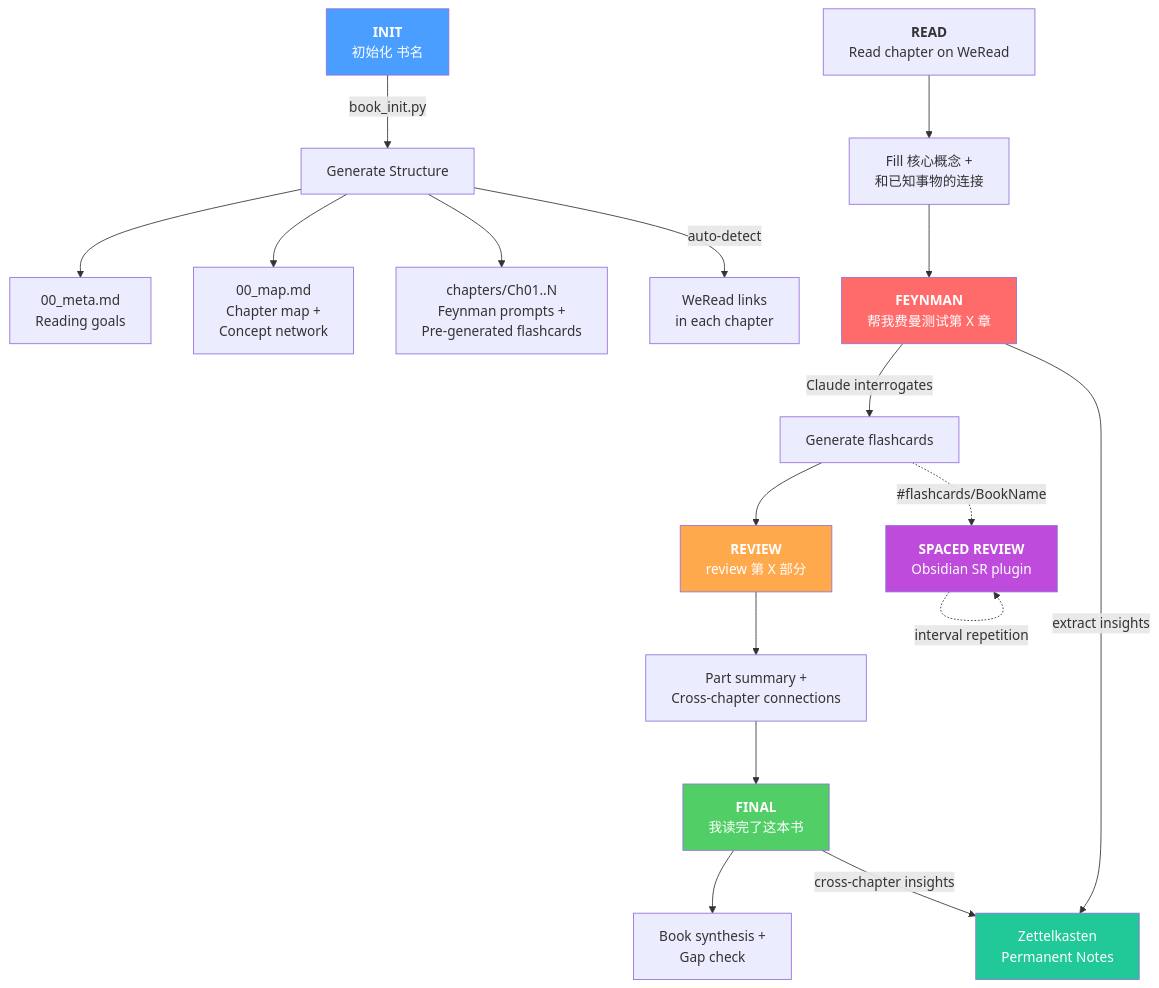
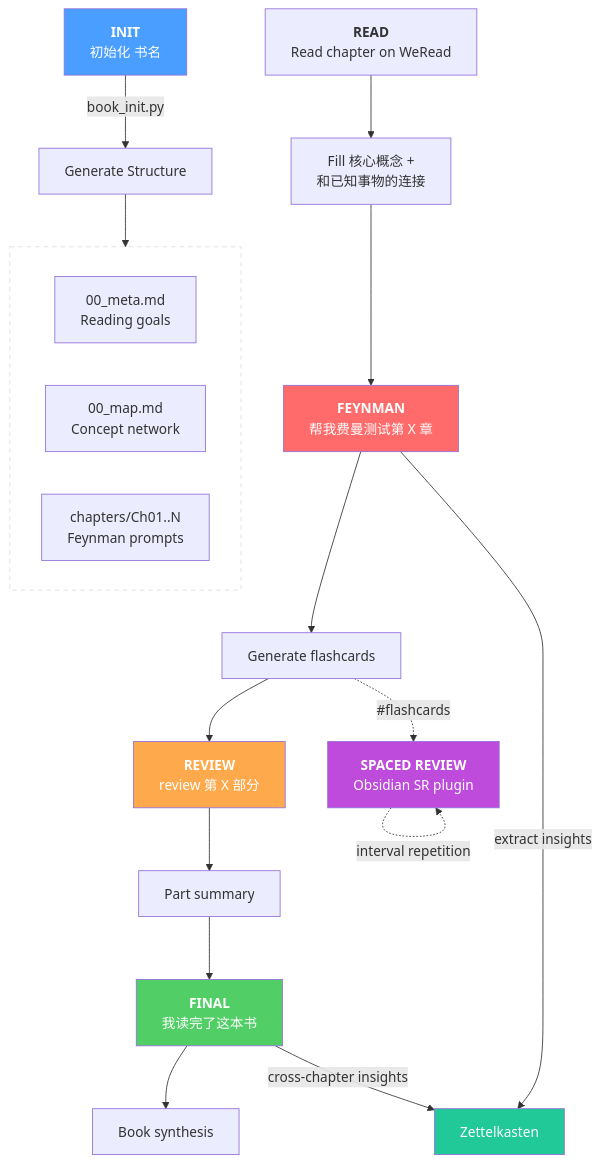
Before and after one commit to yepengfan/obsidian-workflow: the second of 3 diagrams in README.md, drawn with Mermaid. The commit also changed other lines of this file and 4 other files, not shown here.

````diff
--- a/README.md
+++ b/README.md
@@ -89,37 +63,38 @@
 ```mermaid
 graph TD
     INIT["<b>INIT</b><br/>初始化 书名"]
     INIT -->|book_init.py| GEN[Generate Structure]
-    GEN --> META[00_meta.md<br/>Reading goals]
-    GEN --> MAP[00_map.md<br/>Chapter map +<br/>Concept network]
-    GEN --> CH[chapters/Ch01..N<br/>Feynman prompts +<br/>Pre-generated flashcards]
-    GEN -->|auto-detect| WRLINK[WeRead links<br/>in each chapter]
+
+    subgraph scaffold [" "]
+        direction LR
+        META[00_meta.md<br/>Reading goals]
+        MAP[00_map.md<br/>Concept network]
+        CH[chapters/Ch01..N<br/>Feynman prompts]
+    end
+    GEN --> scaffold
 
     READ["<b>READ</b><br/>Read chapter on WeRead"]
     READ --> FILL[Fill 核心概念 +<br/>和已知事物的连接]
 
-    FEYNMAN["<b>FEYNMAN</b><br/>帮我费曼测试第 X 章"]
-    FILL --> FEYNMAN
-    FEYNMAN -->|Claude interrogates| CARDS[Generate flashcards]
-    FEYNMAN -->|extract insights| ZK[Zettelkasten<br/>Permanent Notes]
+    FILL --> FEYNMAN["<b>FEYNMAN</b><br/>帮我费曼测试第 X 章"]
+    FEYNMAN --> CARDS[Generate flashcards]
+    FEYNMAN -->|extract insights| ZK[Zettelkasten]
 
-    REVIEW["<b>REVIEW</b><br/>review 第 X 部分"]
-    CARDS --> REVIEW
-    REVIEW --> SUMMARY[Part summary +<br/>Cross-chapter connections]
+    CARDS --> REVIEW["<b>REVIEW</b><br/>review 第 X 部分"]
+    REVIEW --> SUMMARY[Part summary]
 
-    FINAL["<b>FINAL</b><br/>我读完了这本书"]
-    SUMMARY --> FINAL
-    FINAL --> SYNTH[Book synthesis +<br/>Gap check]
+    SUMMARY --> FINAL["<b>FINAL</b><br/>我读完了这本书"]
+    FINAL --> SYNTH[Book synthesis]
     FINAL -->|cross-chapter insights| ZK
 
-    SR["<b>SPACED REVIEW</b><br/>Obsidian SR plugin"]
-    CARDS -.->|#flashcards/BookName| SR
+    CARDS -.->|#flashcards| SR["<b>SPACED REVIEW</b><br/>Obsidian SR plugin"]
     SR -.->|interval repetition| SR
 
     style INIT fill:#4a9eff,color:#fff
     style FEYNMAN fill:#ff6b6b,color:#fff
     style REVIEW fill:#ffa94d,color:#fff
     style FINAL fill:#51cf66,color:#fff
     style SR fill:#be4bdb,color:#fff
     style ZK fill:#20c997,color:#fff
+    style scaffold fill:none,stroke:#ddd,stroke-dasharray:5
 ```
````
